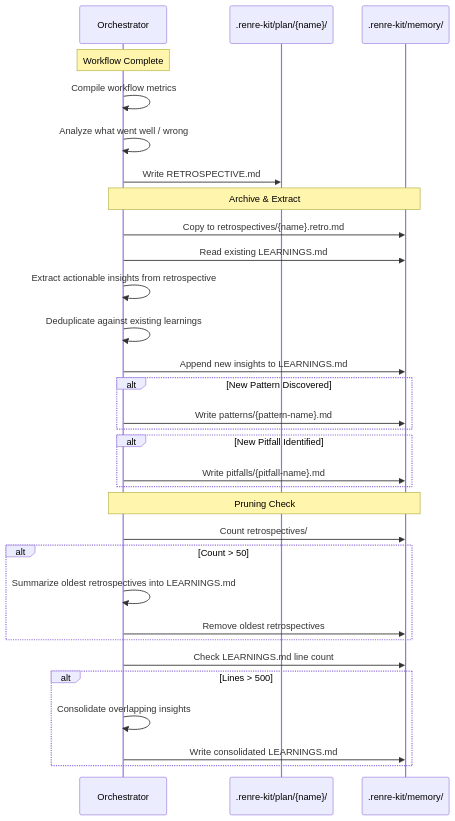
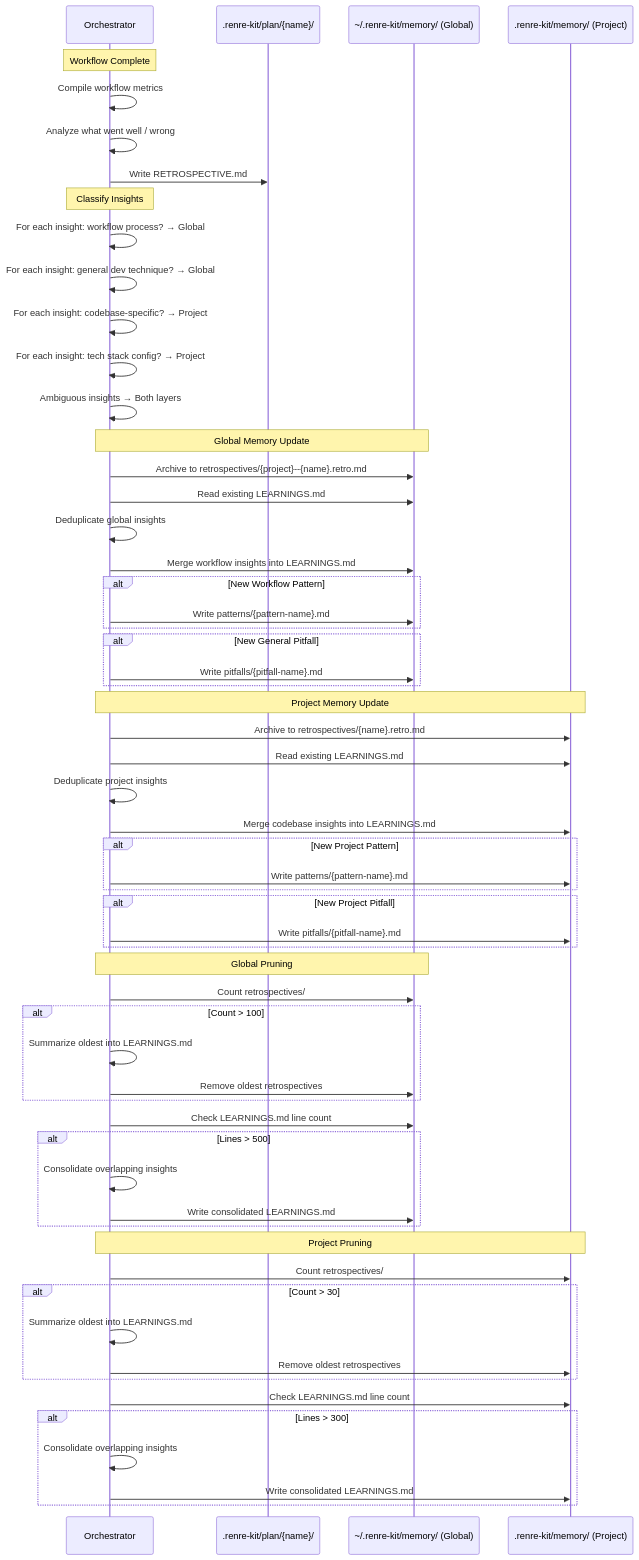
Before and after one commit to eskarlat/rex: the sixth of 6 diagrams in renre-kit-architecture/diagrams/developer-workflow-seq.md, drawn with Mermaid. The commit also changed other lines of this file and 2 other files, not shown here.

Commit message:
docs: adopt two-layer memory model (global + project)
Refactor ADR-004 and diagrams to split knowledge memory into two layers:
- Global (~/.renre-kit/memory/) for workflow orchestration learnings,
  classification calibration, and agent coordination insights
- Project (.renre-kit/memory/) for codebase patterns, architecture
  knowledge, tech stack specifics, and project conventions

This mirrors RenreKit's existing global vs project state model and
enables cross-project workflow improvement while keeping codebase
knowledge scoped to where it's relevant.

https://claude.ai/code/session_011PQxNP3QodA8xyUAa9Z3LL

````diff
--- a/renre-kit-architecture/diagrams/developer-workflow-seq.md
+++ b/renre-kit-architecture/diagrams/developer-workflow-seq.md
@@ -312,39 +313,71 @@
 ```mermaid
 sequenceDiagram
     participant O as Orchestrator
     participant FS as .renre-kit/plan/{name}/
-    participant M as .renre-kit/memory/
+    participant GM as ~/.renre-kit/memory/ (Global)
+    participant PM as .renre-kit/memory/ (Project)
 
     Note over O: Workflow Complete
     O->>O: Compile workflow metrics
     O->>O: Analyze what went well / wrong
     O->>FS: Write RETROSPECTIVE.md
 
-    Note over O,M: Archive & Extract
-    O->>M: Copy to retrospectives/{name}.retro.md
-    O->>M: Read existing LEARNINGS.md
-    O->>O: Extract actionable insights from retrospective
-    O->>O: Deduplicate against existing learnings
-    O->>M: Append new insights to LEARNINGS.md
+    Note over O: Classify Insights
+    O->>O: For each insight: workflow process? → Global
+    O->>O: For each insight: general dev technique? → Global
+    O->>O: For each insight: codebase-specific? → Project
+    O->>O: For each insight: tech stack config? → Project
+    O->>O: Ambiguous insights → Both layers
 
-    alt New Pattern Discovered
-        O->>M: Write patterns/{pattern-name}.md
+    Note over O,GM: Global Memory Update
+    O->>GM: Archive to retrospectives/{project}--{name}.retro.md
+    O->>GM: Read existing LEARNINGS.md
+    O->>O: Deduplicate global insights
+    O->>GM: Merge workflow insights into LEARNINGS.md
+
+    alt New Workflow Pattern
+        O->>GM: Write patterns/{pattern-name}.md
     end
 
-    alt New Pitfall Identified
-        O->>M: Write pitfalls/{pitfall-name}.md
+    alt New General Pitfall
+        O->>GM: Write pitfalls/{pitfall-name}.md
     end
 
-    Note over O,M: Pruning Check
-    O->>M: Count retrospectives/
-    alt Count > 50
-        O->>O: Summarize oldest retrospectives into LEARNINGS.md
-        O->>M: Remove oldest retrospectives
+    Note over O,PM: Project Memory Update
+    O->>PM: Archive to retrospectives/{name}.retro.md
+    O->>PM: Read existing LEARNINGS.md
+    O->>O: Deduplicate project insights
+    O->>PM: Merge codebase insights into LEARNINGS.md
+
+    alt New Project Pattern
+        O->>PM: Write patterns/{pattern-name}.md
     end
 
-    O->>M: Check LEARNINGS.md line count
+    alt New Project Pitfall
+        O->>PM: Write pitfalls/{pitfall-name}.md
+    end
+
+    Note over O,GM: Global Pruning
+    O->>GM: Count retrospectives/
+    alt Count > 100
+        O->>O: Summarize oldest into LEARNINGS.md
+        O->>GM: Remove oldest retrospectives
+    end
+    O->>GM: Check LEARNINGS.md line count
     alt Lines > 500
         O->>O: Consolidate overlapping insights
-        O->>M: Write consolidated LEARNINGS.md
+        O->>GM: Write consolidated LEARNINGS.md
+    end
+
+    Note over O,PM: Project Pruning
+    O->>PM: Count retrospectives/
+    alt Count > 30
+        O->>O: Summarize oldest into LEARNINGS.md
+        O->>PM: Remove oldest retrospectives
+    end
+    O->>PM: Check LEARNINGS.md line count
+    alt Lines > 300
+        O->>O: Consolidate overlapping insights
+        O->>PM: Write consolidated LEARNINGS.md
     end
 ```
````
